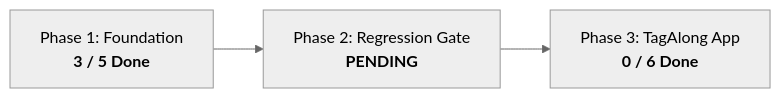
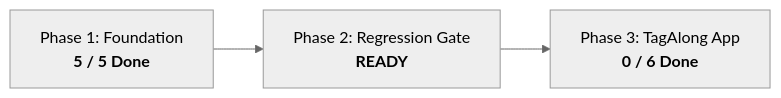
The diagram in docs/tagalong-task-tracker.md (maiatoday/tag-spotter), drawn with Mermaid (neutral theme) before and after one commit. The commit also changed other lines of this file and 1 other file, not shown here.

````diff
--- a/docs/tagalong-task-tracker.md
+++ b/docs/tagalong-task-tracker.md
@@ -12,5 +12,5 @@
 ```mermaid
 flowchart LR
-    P1[Phase 1: Foundation<br><b>3 / 5 Done</b>] --> P2[Phase 2: Regression Gate<br><b>PENDING</b>]
+    P1[Phase 1: Foundation<br><b>5 / 5 Done</b>] --> P2[Phase 2: Regression Gate<br><b>READY</b>]
     P2 --> P3[Phase 3: TagAlong App<br><b>0 / 6 Done</b>]
 ```
````
